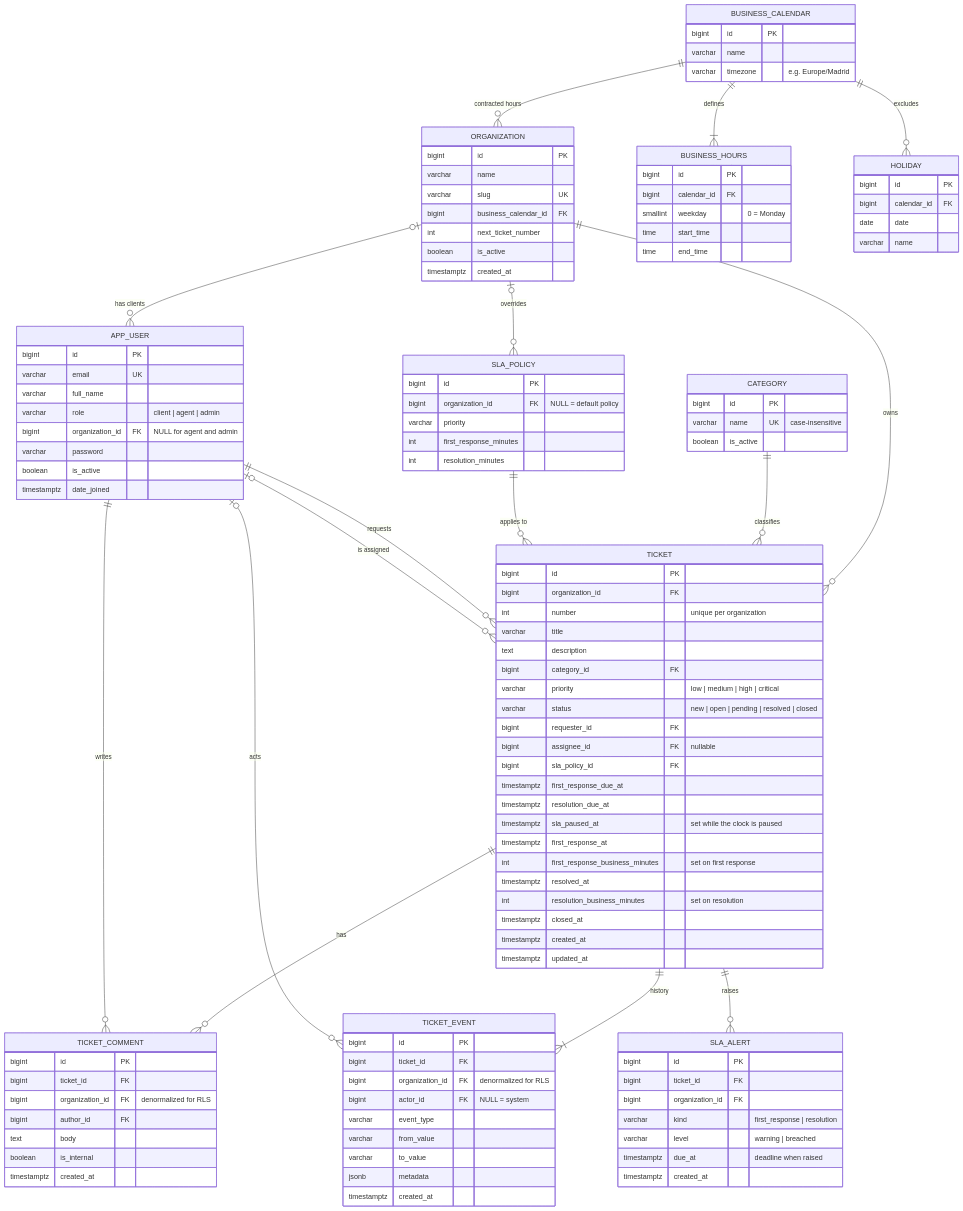
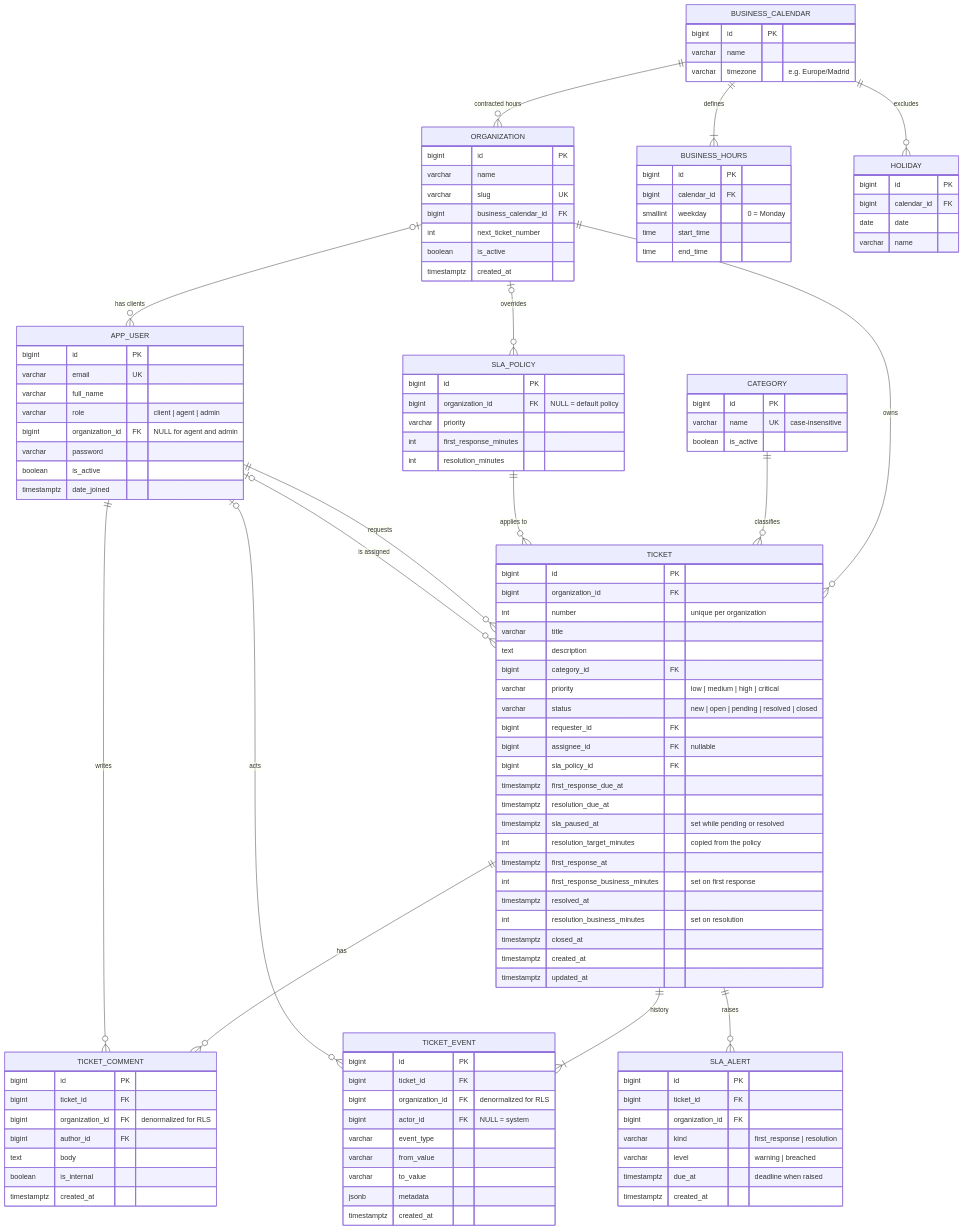
The diagram in docs/data-model.md (maarino02/helpdesk-sla), drawn with Mermaid before and after one commit. The commit also changed other lines of this file and 8 other files, not shown here.

Commit message:
feat(tickets): store the resolution target and check the SLA pause against the status

```diff
--- a/docs/data-model.md
+++ b/docs/data-model.md
@@ -86,7 +86,8 @@
         bigint sla_policy_id FK
         timestamptz first_response_due_at
         timestamptz resolution_due_at
-        timestamptz sla_paused_at "set while the clock is paused"
+        timestamptz sla_paused_at "set while pending or resolved"
+        int resolution_target_minutes "copied from the policy"
         timestamptz first_response_at
         int first_response_business_minutes "set on first response"
         timestamptz resolved_at
```
